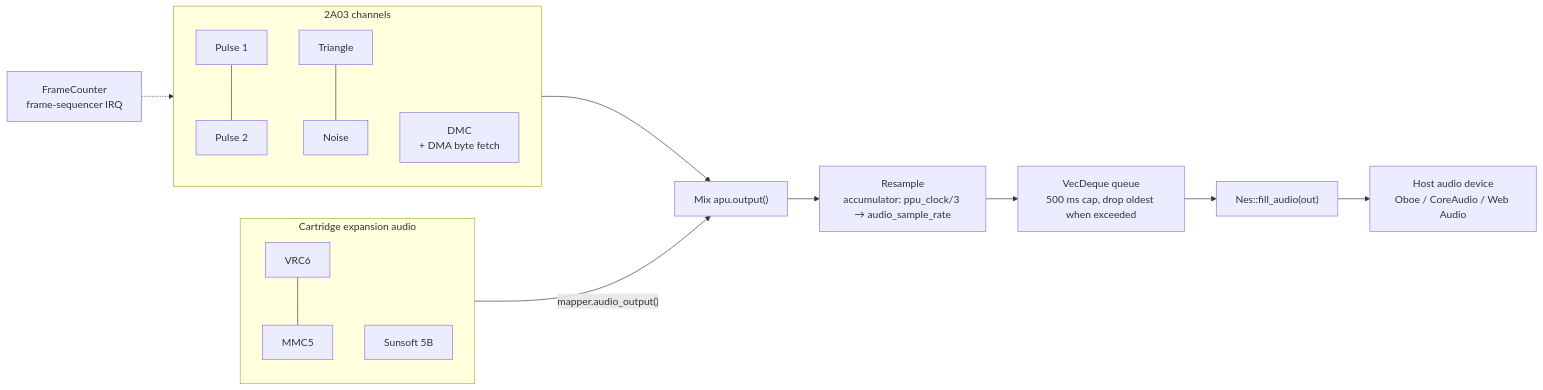
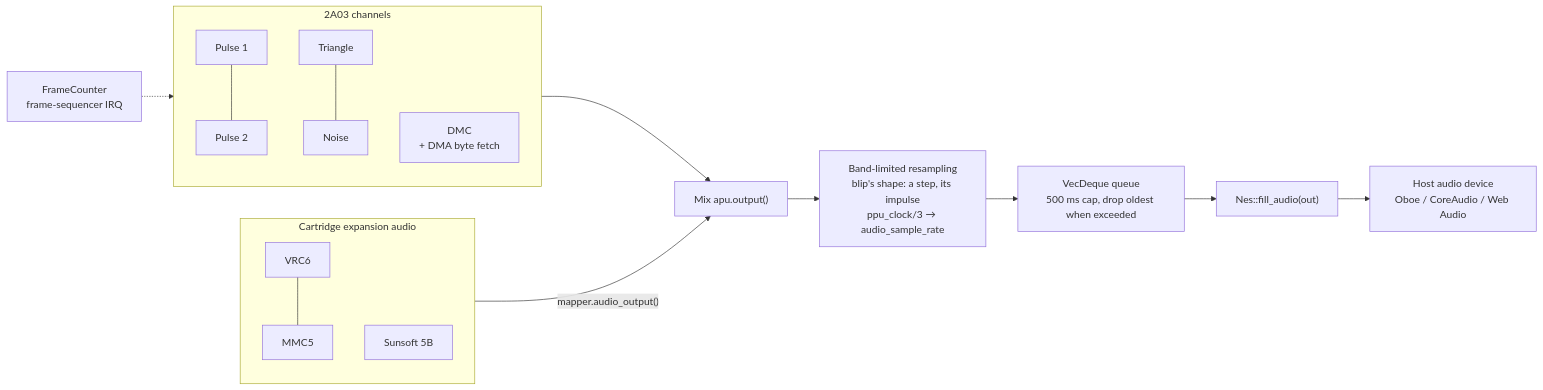
One commit to YufJi/nes-emulator changed the sixth of 13 diagrams in docs/architecture.md. Above: the diagram before and after it, drawn with Mermaid. The commit also changed other lines of this file and 6 other files, not shown here.

````diff
--- a/docs/architecture.md
+++ b/docs/architecture.md
@@ -404,20 +404,20 @@
 ```mermaid
 flowchart LR
     subgraph Channels["2A03 channels"]
         P1["Pulse 1"] --- P2["Pulse 2"]
         Tri["Triangle"] --- Noise["Noise"]
         Dmc["DMC<br/>+ DMA byte fetch"]
     end
     subgraph Expansion["Cartridge expansion audio"]
         VRC6["VRC6"] --- MMC5["MMC5"]
         S5B["Sunsoft 5B"]
     end
     FC["FrameCounter<br/>frame-sequencer IRQ"] -.-> Channels
 
     Channels --> Mix["Mix apu.output()"]
     Expansion -->|"mapper.audio_output()"| Mix
-    Mix --> Resample["Resample<br/>accumulator: ppu_clock/3 → audio_sample_rate"]
+    Mix --> Resample["Band-limited resampling<br/>blip's shape: a step, its impulse<br/>ppu_clock/3 → audio_sample_rate"]
     Resample --> Queue["VecDeque queue<br/>500 ms cap, drop oldest when exceeded"]
     Queue --> Fill["Nes::fill_audio(out)"]
     Fill --> Device["Host audio device<br/>Oboe / CoreAudio / Web Audio"]
 ```
````
